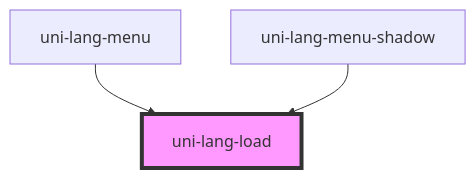
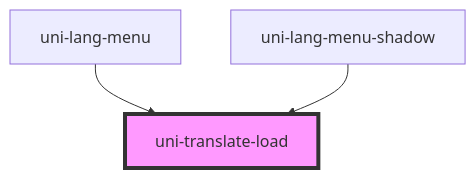
The diagram in src/lang-menu/components/translate-load/@element/readme.md (uiregex/uni-localize), drawn with Mermaid before and after one commit. The commit also changed other lines of this file and 10 other files, not shown here.

````diff
--- a/src/lang-menu/components/translate-load/@element/readme.md
+++ b/src/lang-menu/components/translate-load/@element/readme.md
@@ -33,6 +30,6 @@
 ```mermaid
 graph TD;
-  uni-lang-menu --> uni-lang-load
-  uni-lang-menu-shadow --> uni-lang-load
-  style uni-lang-load fill:#f9f,stroke:#333,stroke-width:4px
+  uni-lang-menu --> uni-translate-load
+  uni-lang-menu-shadow --> uni-translate-load
+  style uni-translate-load fill:#f9f,stroke:#333,stroke-width:4px
 ```
````
